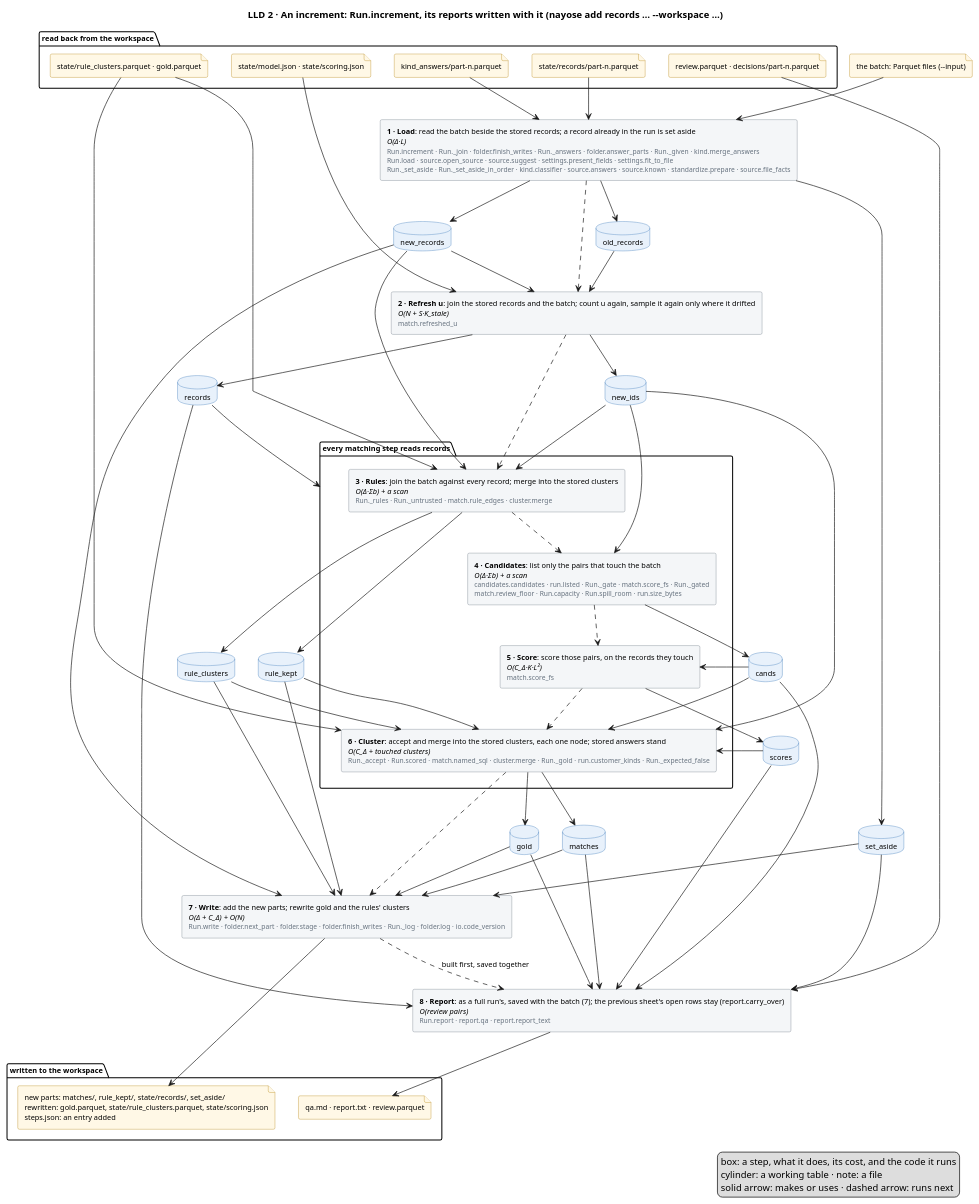
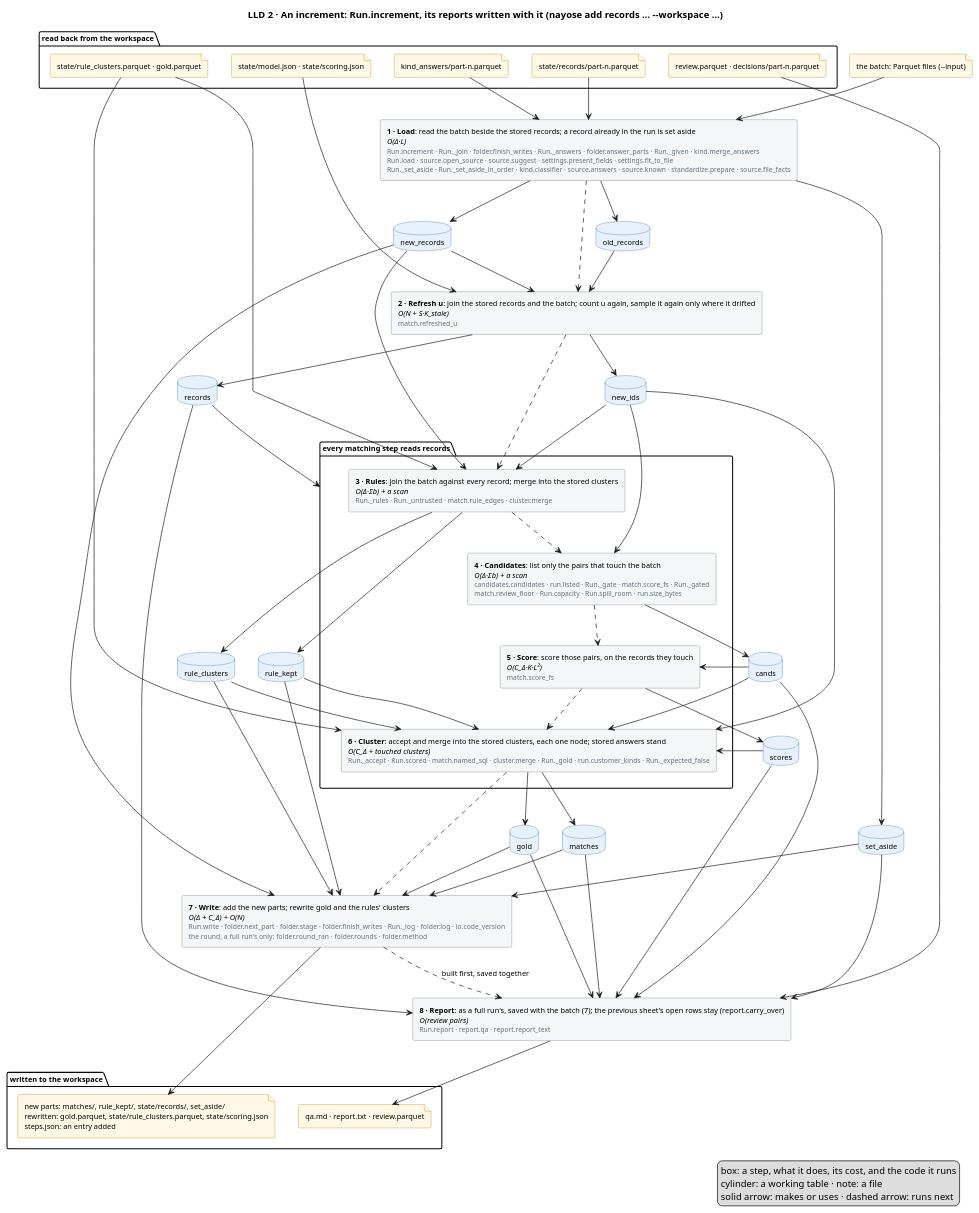
One commit to mvsbm/entity_matching changed the diagram in docs/diagrams/increment.puml. Above: the diagram before and after it, drawn with PlantUML. The commit also changed 17 other files, not shown here.

First line of the commit message:
Improve matching, the engine: a workspace's method, its rounds, and what people's decisions say

```diff
--- a/docs/diagrams/increment.puml
+++ b/docs/diagrams/increment.puml
@@ -1,113 +1,113 @@
 @startuml increment
 title LLD 2 · An increment: Run.increment, its reports written with it (nayose add records … ~--workspace …)
 skinparam defaultFontSize 11
 skinparam rectangle {
   BackgroundColor #F4F6F8
   BorderColor #65717E
 }
 skinparam database {
   BackgroundColor #E8F1FB
   BorderColor #2C6DB3
 }
 skinparam file {
   BackgroundColor #FFF8E6
   BorderColor #B07D00
 }
 
 package "read back from the workspace" {
   file "state/model.json · state/scoring.json" as f_model
   file "state/records/part-n.parquet" as f_records
   file "state/rule_clusters.parquet · gold.parquet" as f_clusters
   file "kind_answers/part-n.parquet" as f_answers
   file "review.parquet · decisions/part-n.parquet" as f_sheet
 }
 file "the batch: Parquet files (~--input)" as f_batch
 
 
 rectangle "<b>1 · Load</b>: read the batch beside the stored records; a record already in the run is set aside\n<i>O(Δ·L)</i>\n<size:10><color:#65717E>Run.increment · Run._join · folder.finish_writes · Run._answers · folder.answer_parts · Run._given · kind.merge_answers</color></size>\n<size:10><color:#65717E>Run.load · source.open_source · source.suggest · settings.present_fields · settings.fit_to_file</color></size>\n<size:10><color:#65717E>Run._set_aside · Run._set_aside_in_order · kind.classifier · source.answers · source.known · standardize.prepare · source.file_facts</color></size>" as load
 rectangle "<b>2 · Refresh u</b>: join the stored records and the batch; count u again, sample it again only where it drifted\n<i>O(N + S·K_stale)</i>\n<size:10><color:#65717E>match.refreshed_u</color></size>" as fit
 package "every matching step reads records" as matching {
   rectangle "<b>3 · Rules</b>: join the batch against every record; merge into the stored clusters\n<i>O(Δ·Σb) + a scan</i>\n<size:10><color:#65717E>Run._rules · Run._untrusted · match.rule_edges · cluster.merge</color></size>" as rules
   rectangle "<b>4 · Candidates</b>: list only the pairs that touch the batch\n<i>O(Δ·Σb) + a scan</i>\n<size:10><color:#65717E>candidates.candidates · run.listed · Run._gate · match.score_fs · Run._gated</color></size>\n<size:10><color:#65717E>match.review_floor · Run.capacity · Run.spill_room · run.size_bytes</color></size>" as candidates
   rectangle "<b>5 · Score</b>: score those pairs, on the records they touch\n<i>O(C_Δ·K·L²)</i>\n<size:10><color:#65717E>match.score_fs</color></size>" as score
   rectangle "<b>6 · Cluster</b>: accept and merge into the stored clusters, each one node; stored answers stand\n<i>O(C_Δ + touched clusters)</i>\n<size:10><color:#65717E>Run._accept · Run.scored · match.named_sql · cluster.merge · Run._gold · run.customer_kinds · Run._expected_false</color></size>" as cluster
 }
-rectangle "<b>7 · Write</b>: add the new parts; rewrite gold and the rules' clusters\n<i>O(Δ + C_Δ) + O(N)</i>\n<size:10><color:#65717E>Run.write · folder.next_part · folder.stage · folder.finish_writes · Run._log · folder.log · io.code_version</color></size>" as write
+rectangle "<b>7 · Write</b>: add the new parts; rewrite gold and the rules' clusters\n<i>O(Δ + C_Δ) + O(N)</i>\n<size:10><color:#65717E>Run.write · folder.next_part · folder.stage · folder.finish_writes · Run._log · folder.log · io.code_version</color></size>\n<size:10><color:#65717E>the round, a full run's only: folder.round_ran · folder.rounds · folder.method</color></size>" as write
 rectangle "<b>8 · Report</b>: as a full run's, saved with the batch (7); the previous sheet's open rows stay (report.carry_over)\n<i>O(review pairs)</i>\n<size:10><color:#65717E>Run.report · report.qa · report.report_text</color></size>" as report
 database "old_records" as old_records
 database "new_records" as new_records
 database "set_aside" as set_aside
 database "records" as records
 database "new_ids" as new_ids
 database "rule_clusters" as rule_clusters
 database "rule_kept" as rule_kept
 database "cands" as cands
 database "scores" as scores
 database "matches" as matches
 database "gold" as gold
 
 package "written to the workspace" {
   file "new parts: matches/, rule_kept/, state/records/, set_aside/\nrewritten: gold.parquet, state/rule_clusters.parquet, state/scoring.json\nsteps.json: an entry added" as f_out
   file "qa.md · report.txt · review.parquet" as f_people
 }
 
 f_batch --> load
 f_records --> load
 f_answers --> load
 f_model --> fit
 f_clusters --> rules
 f_clusters --> cluster
 f_sheet --> report
 
 load ..> fit
 fit ..> rules
 rules ..> candidates
 candidates ..> score
 score ..> cluster
 cluster ..> write
 write ..> report : built first, saved together
 
 load --> old_records
 load --> new_records
 load --> set_aside
 old_records --> fit
 new_records --> fit
 fit --> records
 fit --> new_ids
 records --> matching
 new_records --> rules
 new_ids --> rules
 rules --> rule_clusters
 rules --> rule_kept
 new_ids --> candidates
 candidates --> cands
 cands --> score
 score --> scores
 new_ids --> cluster
 rule_clusters --> cluster
 rule_kept --> cluster
 cands --> cluster
 scores --> cluster
 cluster --> matches
 cluster --> gold
 new_records --> write
 rule_clusters --> write
 rule_kept --> write
 matches --> write
 gold --> write
 set_aside --> write
 records --> report
 cands --> report
 scores --> report
 matches --> report
 gold --> report
 set_aside --> report
 
 write --> f_out
 report --> f_people
 legend right
   box: a step, what it does, its cost, and the code it runs
   cylinder: a working table · note: a file
   solid arrow: makes or uses · dashed arrow: runs next
 endlegend
 @enduml
```
